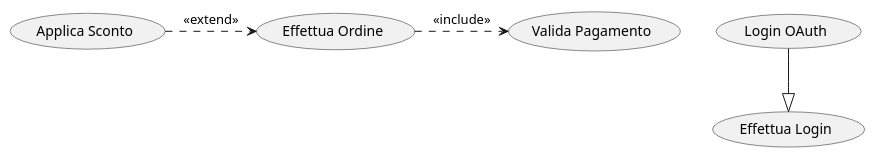
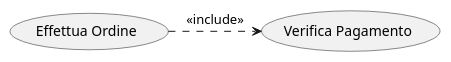
The fifth of 5 diagrams in 03-behavioral-diagrams/use-case-diagrams/INSTRUCTIONS.md (Seniorsimo/sas-template), drawn with PlantUML before and after one commit. The commit also changed other lines of this file and 9 other files, not shown here.

Commit message:
Refactor diagram instructions and templates

````diff
--- a/03-behavioral-diagrams/use-case-diagrams/INSTRUCTIONS.md
+++ b/03-behavioral-diagrams/use-case-diagrams/INSTRUCTIONS.md
@@ -158,10 +51,3 @@
-```plantuml
-' Include per funzionalità sempre richieste
-(Effettua Ordine) .> (Valida Pagamento) : <<include>>
-
-' Extend per variazioni opzionali
-(Applica Sconto) .> (Effettua Ordine) : <<extend>>
-
-' Generalizzazione per specializzazioni
-(Login OAuth) --|> (Effettua Login)
-```
+    ```plantuml
+    (Effettua Ordine) .> (Verifica Pagamento) : <<include>>
+    ```
````
